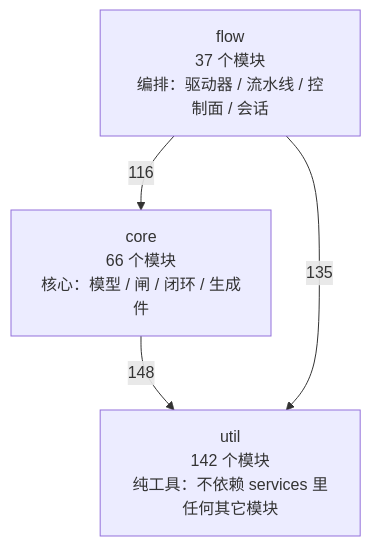
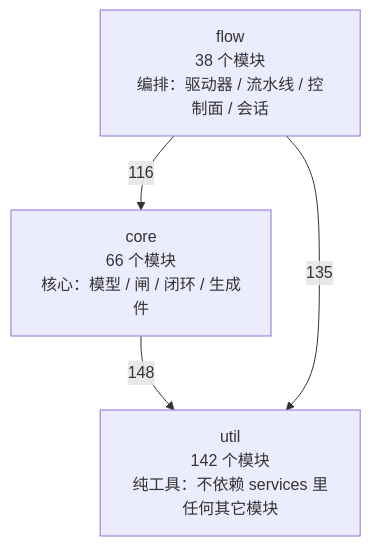
Before and after one commit to 2686521696/WhyBuddy: the first of 4 diagrams in docs/SlideRule V6.2 架构图（自动生成）.md, drawn with Mermaid. The commit also changed other lines of this file and 21 other files, not shown here.

````diff
--- a/docs/SlideRule V6.2 架构图（自动生成）.md
+++ b/docs/SlideRule V6.2 架构图（自动生成）.md
@@ -50,9 +50,9 @@
 ```mermaid
 flowchart TB
   util["util<br/>142 个模块<br/>纯工具：不依赖 services 里任何其它模块"]
   core["core<br/>66 个模块<br/>核心：模型 / 闸 / 闭环 / 生成件"]
-  flow["flow<br/>37 个模块<br/>编排：驱动器 / 流水线 / 控制面 / 会话"]
+  flow["flow<br/>38 个模块<br/>编排：驱动器 / 流水线 / 控制面 / 会话"]
   core -->|148| util
   flow -->|116| core
   flow -->|135| util
 ```
````
